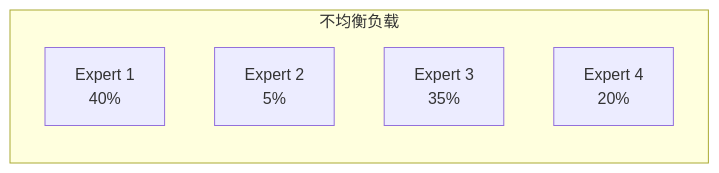
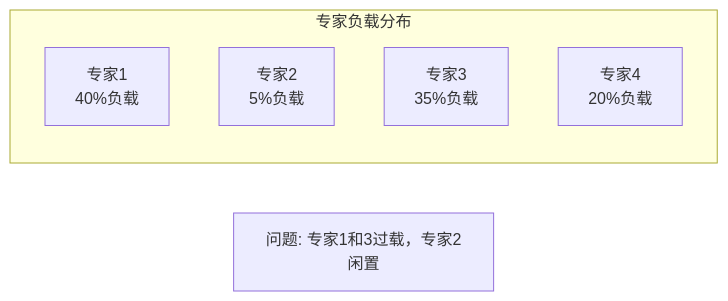
One commit to Xunzhuo/mini-sglang changed the second of 3 diagrams in learning/website/docs/basics/21-moe.md. Above: the diagram before and after it, drawn with Mermaid. The commit also changed other lines of this file and 23 other files, not shown here.

````diff
--- a/learning/website/docs/basics/21-moe.md
+++ b/learning/website/docs/basics/21-moe.md
@@ -293,9 +259,11 @@
 ```mermaid
 graph LR
-    subgraph 不均衡负载
-        E1[Expert 1<br>40%] 
-        E2[Expert 2<br>5%]
-        E3[Expert 3<br>35%]
-        E4[Expert 4<br>20%]
+    subgraph 专家负载分布
+        E1[专家1<br>40%负载] 
+        E2[专家2<br>5%负载]
+        E3[专家3<br>35%负载]
+        E4[专家4<br>20%负载]
     end
+    
+    note[问题: 专家1和3过载，专家2闲置]
 ```
````
